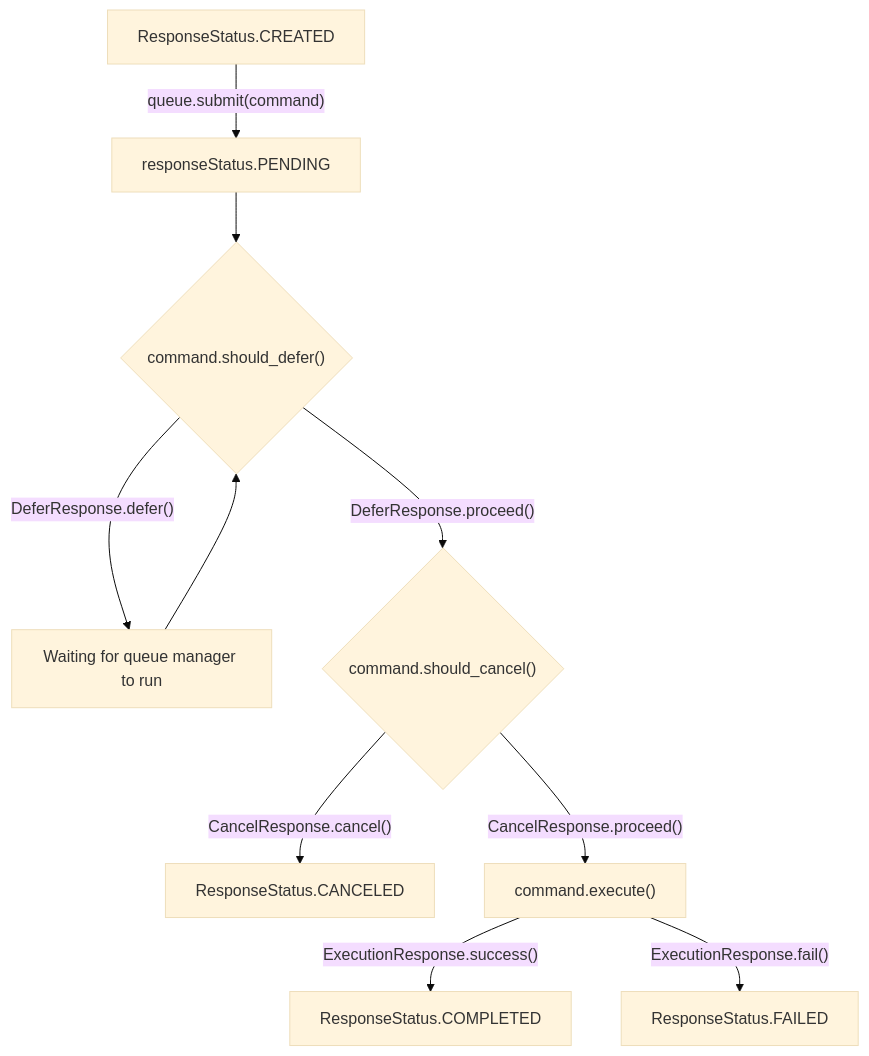
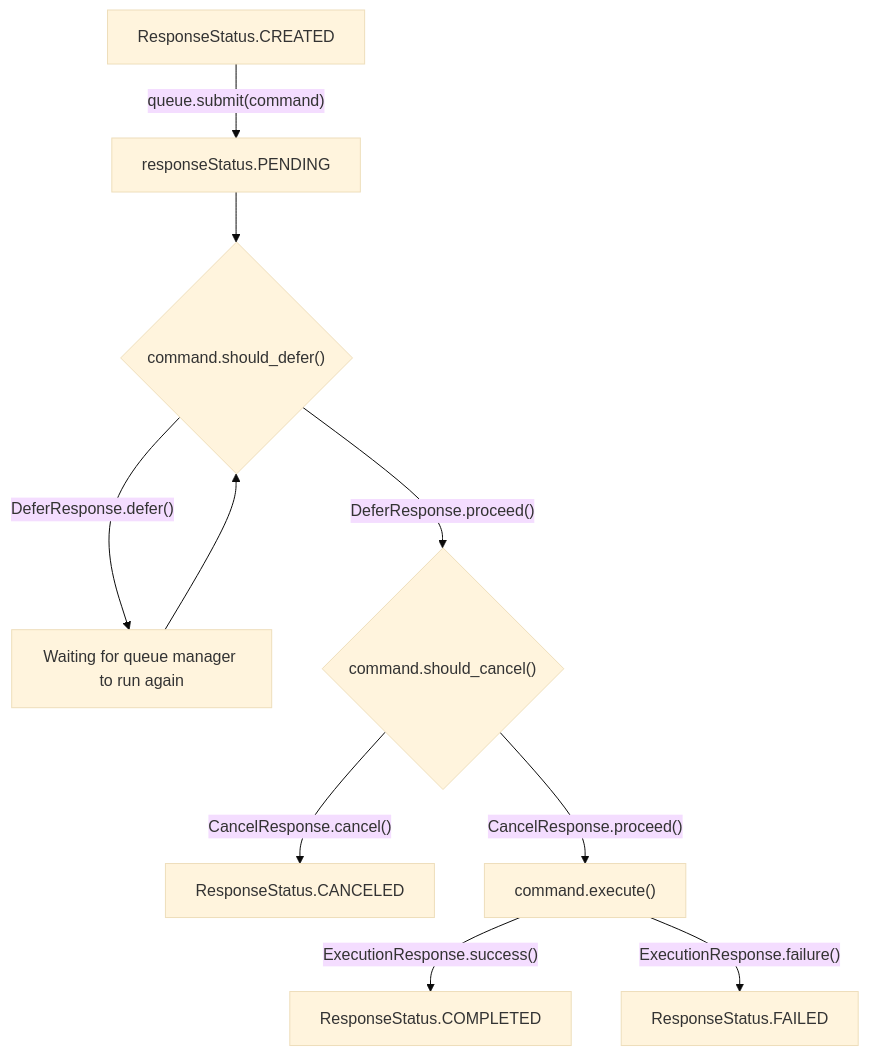
The diagram in README.md (alec-zaiane/command-system), drawn with Mermaid (base theme) before and after one commit. The commit also changed 3 other files, not shown here.

````diff
--- a/README.md
+++ b/README.md
@@ -4,12 +4,12 @@
 ```mermaid
 flowchart TD
     A[ResponseStatus.CREATED] -->|"queue.submit(command)"| B[responseStatus.PENDING]
     B --> C{"command.should_defer()"}
-    C -->|"DeferResponse.defer()"| W["Waiting for queue manager to run"]
+    C -->|"DeferResponse.defer()"| W["Waiting for queue manager to run again"]
     W --> C
     C -->|"DeferResponse.proceed()"| D{"command.should_cancel()"}
     D -->|"CancelResponse.cancel()"| E[ResponseStatus.CANCELED]
     D -->|"CancelResponse.proceed()"| F["command.execute()"]
     F -->|"ExecutionResponse.success()"| G["ResponseStatus.COMPLETED"]
-    F -->|"ExecutionResponse.fail()"| H["ResponseStatus.FAILED"]
+    F -->|"ExecutionResponse.failure()"| H["ResponseStatus.FAILED"]
 ```
````
